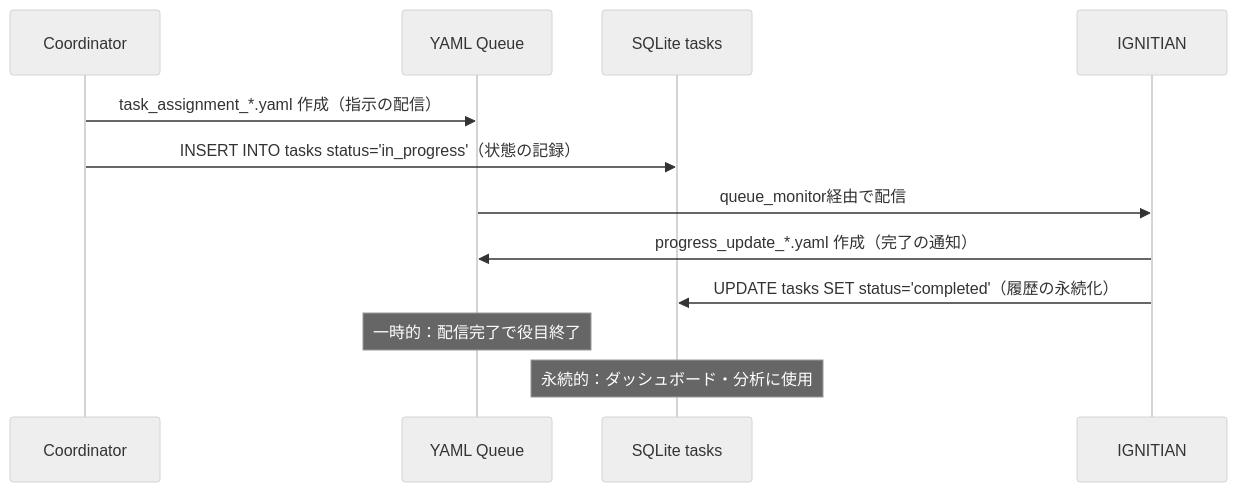
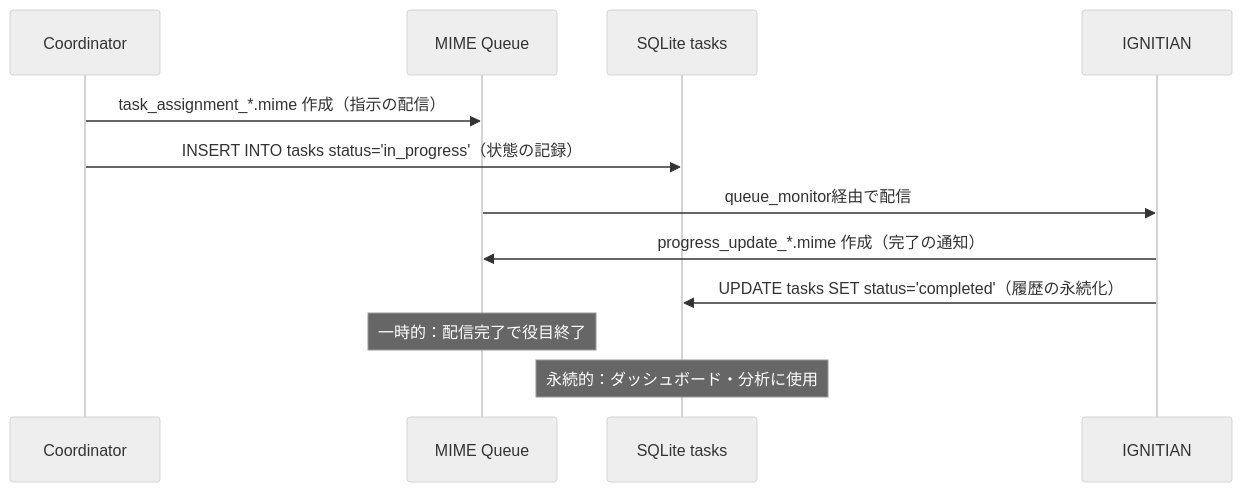
The fifth of 5 diagrams in docs/architecture.md (myfinder/IGNITE), drawn with Mermaid (neutral theme) before and after one commit. The commit also changed other lines of this file and 15 other files, not shown here.

````diff
--- a/docs/architecture.md
+++ b/docs/architecture.md
@@ -416,16 +422,16 @@
 ```mermaid
 sequenceDiagram
     participant C as Coordinator
-    participant YQ as YAML Queue
+    participant YQ as MIME Queue
     participant DB as SQLite tasks
     participant IG as IGNITIAN
 
-    C->>YQ: task_assignment_*.yaml 作成（指示の配信）
+    C->>YQ: task_assignment_*.mime 作成（指示の配信）
     C->>DB: INSERT INTO tasks status='in_progress'（状態の記録）
     YQ->>IG: queue_monitor経由で配信
-    IG->>YQ: progress_update_*.yaml 作成（完了の通知）
+    IG->>YQ: progress_update_*.mime 作成（完了の通知）
     IG->>DB: UPDATE tasks SET status='completed'（履歴の永続化）
 
     Note over YQ: 一時的：配信完了で役目終了
     Note over DB: 永続的：ダッシュボード・分析に使用
 ```
````
